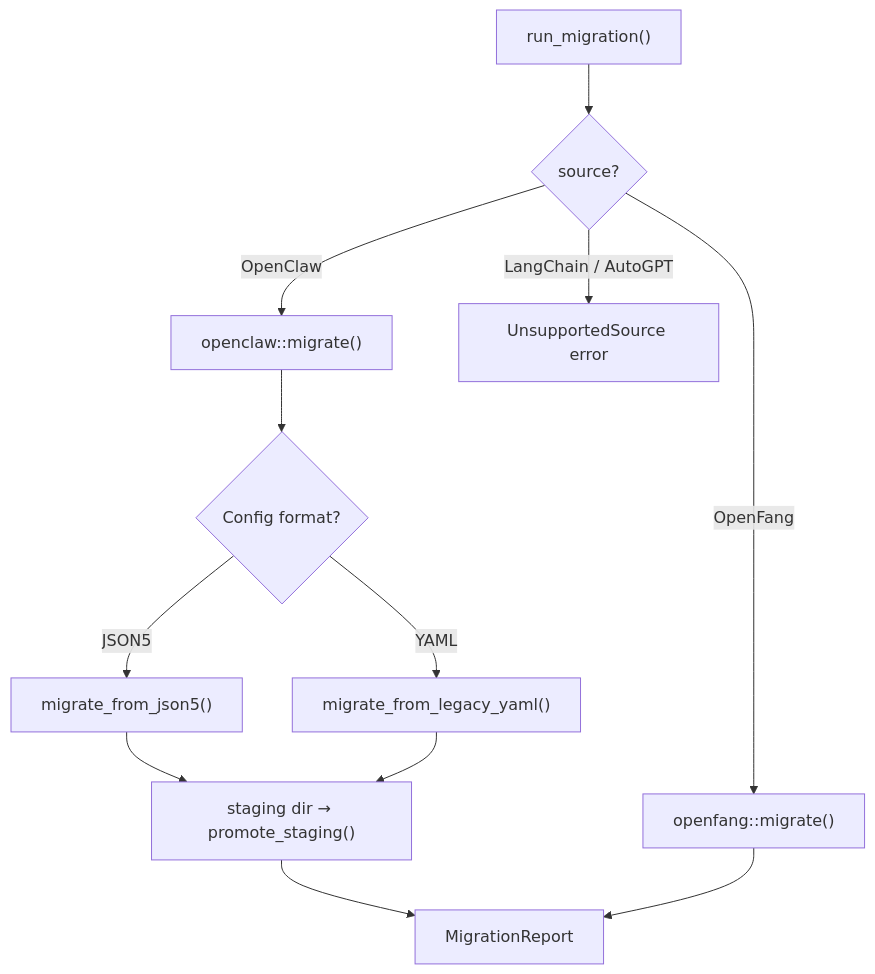
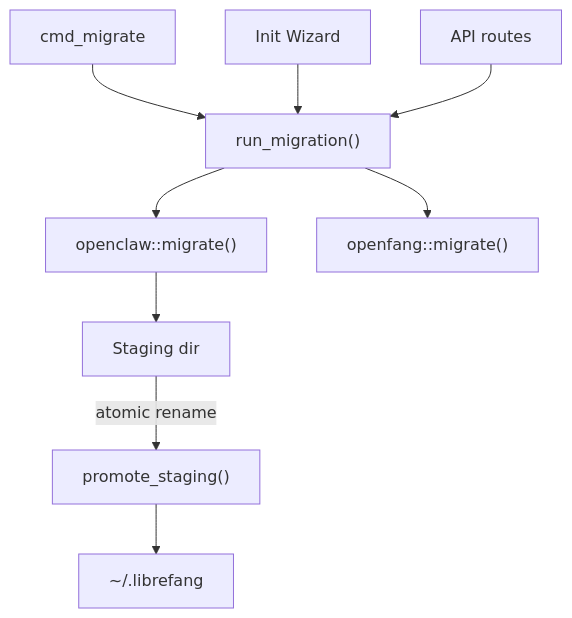
The diagram in infrastructure-libraries-librefang-import-src.md (leszek3737/librefang-WIki), drawn with Mermaid before and after one commit. The commit also changed other lines of this file and 122 other files, not shown here.

````diff
--- a/infrastructure-libraries-librefang-import-src.md
+++ b/infrastructure-libraries-librefang-import-src.md
@@ -20,14 +15,21 @@
 ```mermaid
 flowchart TD
-    A["run_migration()"] --> B{source?}
-    B -->|OpenClaw| C["openclaw::migrate()"]
-    B -->|OpenFang| D["openfang::migrate()"]
-    B -->|LangChain / AutoGPT| E["UnsupportedSource error"]
-    C --> F{Config format?}
-    F -->|JSON5| G["migrate_from_json5()"]
-    F -->|YAML| H["migrate_from_legacy_yaml()"]
-    G --> I["staging dir → promote_staging()"]
-    H --> I
-    I --> J["MigrationReport"]
-    D --> J
+    CLI["cmd_migrate"]
+    TUI["Init Wizard"]
+    API["API routes"]
+    RUN["run_migration()"]
+    OC["openclaw::migrate()"]
+    OF["openfang::migrate()"]
+    STAGE["Staging dir"]
+    PROMOTE["promote_staging()"]
+    TARGET["~/.librefang"]
+
+    CLI --> RUN
+    TUI --> RUN
+    API --> RUN
+    RUN --> OC
+    RUN --> OF
+    OC --> STAGE
+    STAGE -->|"atomic rename"| PROMOTE
+    PROMOTE --> TARGET
 ```
````
